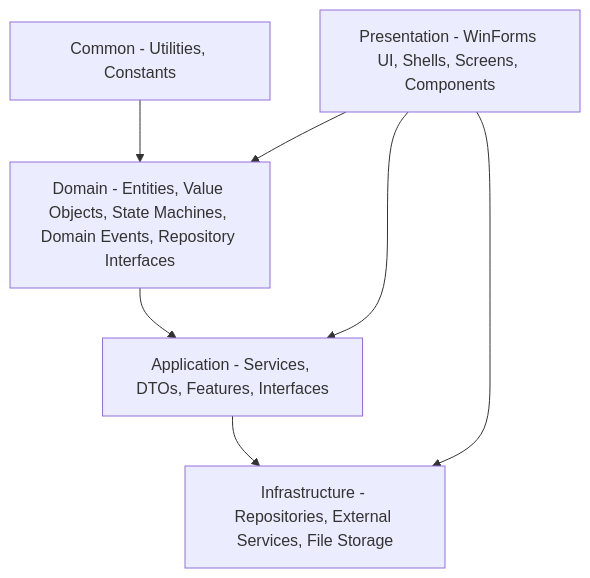
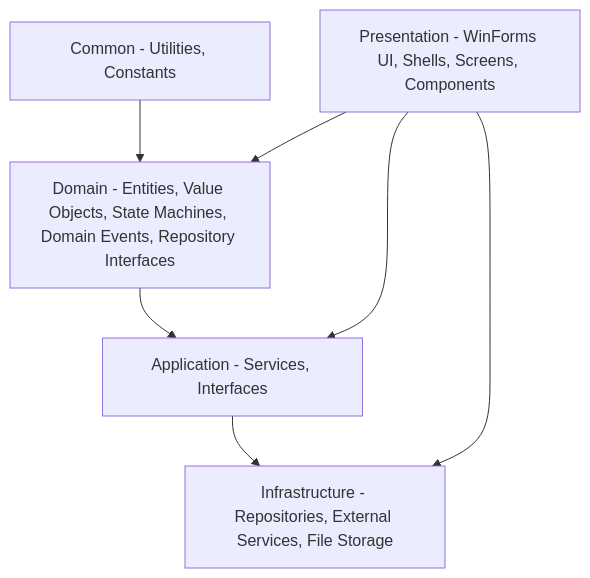
One commit to phuongtran31241022663/OOP2026 changed the first of 4 diagrams in RideGo_Architecture.md. Above: the diagram before and after it, drawn with Mermaid. The commit also changed other lines of this file and 134 other files, not shown here.

````diff
--- a/RideGo_Architecture.md
+++ b/RideGo_Architecture.md
@@ -48,15 +48,15 @@
 ```mermaid
 graph TD
     Common[Common - Utilities, Constants]
     Domain[Domain - Entities, Value Objects, State Machines, Domain Events, Repository Interfaces]
-    Application[Application - Services, DTOs, Features, Interfaces]
+    Application[Application - Services, Interfaces]
     Infra[Infrastructure - Repositories, External Services, File Storage]
     UI[Presentation - WinForms UI, Shells, Screens, Components]
 
     Common --> Domain
     Domain --> Application
     Application --> Infra
     UI --> Application
     UI --> Domain
     UI --> Infra
 ```
````
